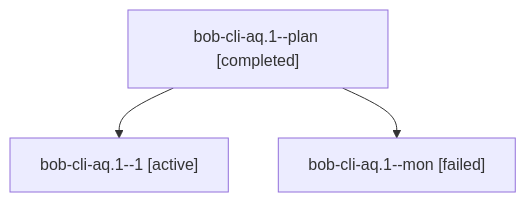
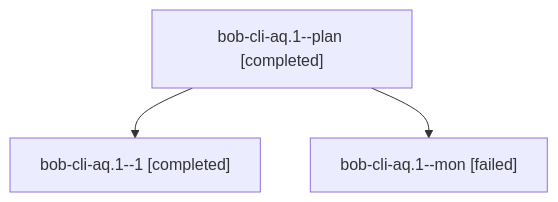
Before and after one commit to bobs-org/bob-cli--agents: the diagram in sessions/bbugyi200.athena.bob-cli-aq.1.md, drawn with Mermaid. The commit also changed other lines of this file and 20 other files, not shown here.

````diff
--- a/sessions/bbugyi200.athena.bob-cli-aq.1.md
+++ b/sessions/bbugyi200.athena.bob-cli-aq.1.md
@@ -9,8 +9,8 @@
 ```mermaid
 flowchart TD
   n0["bob-cli-aq.1--plan [completed]"]
-  n1["bob-cli-aq.1--1 [active]"]
+  n1["bob-cli-aq.1--1 [completed]"]
   n0 --> n1
   n2["bob-cli-aq.1--mon [failed]"]
   n0 --> n2
 ```
````
